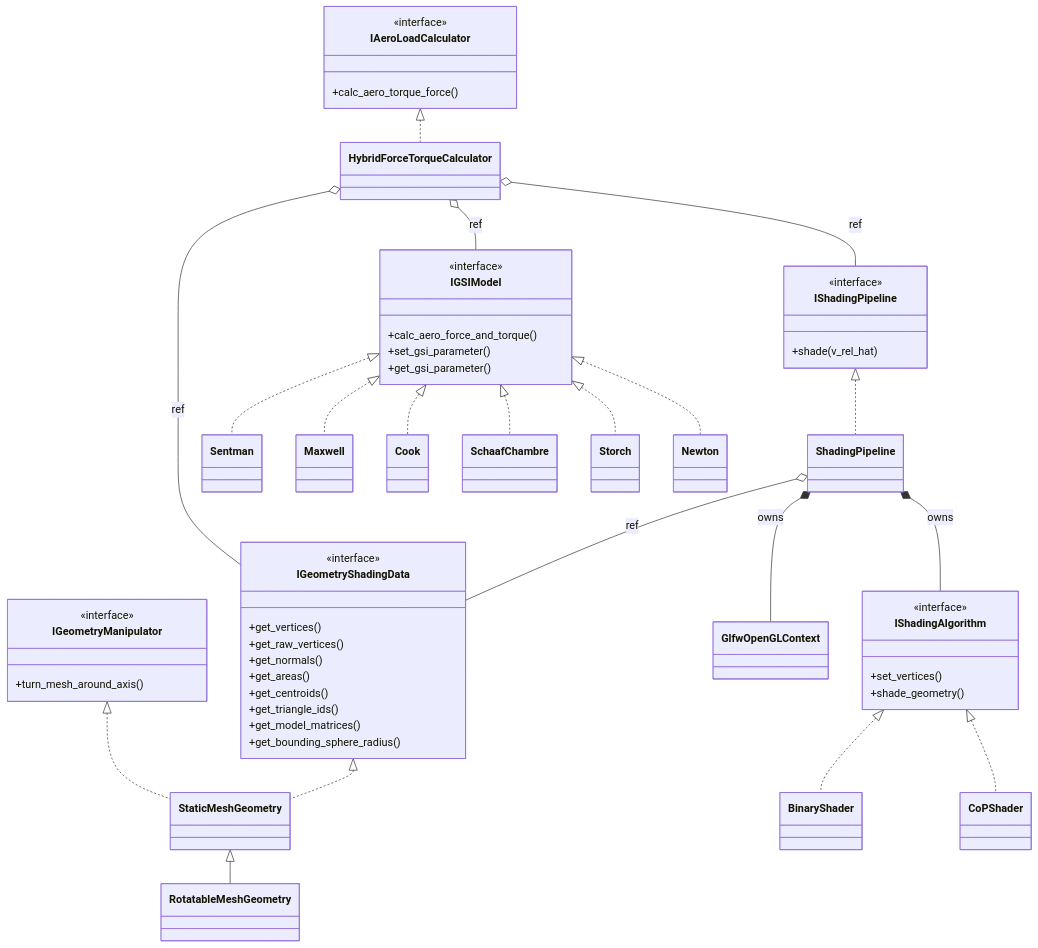
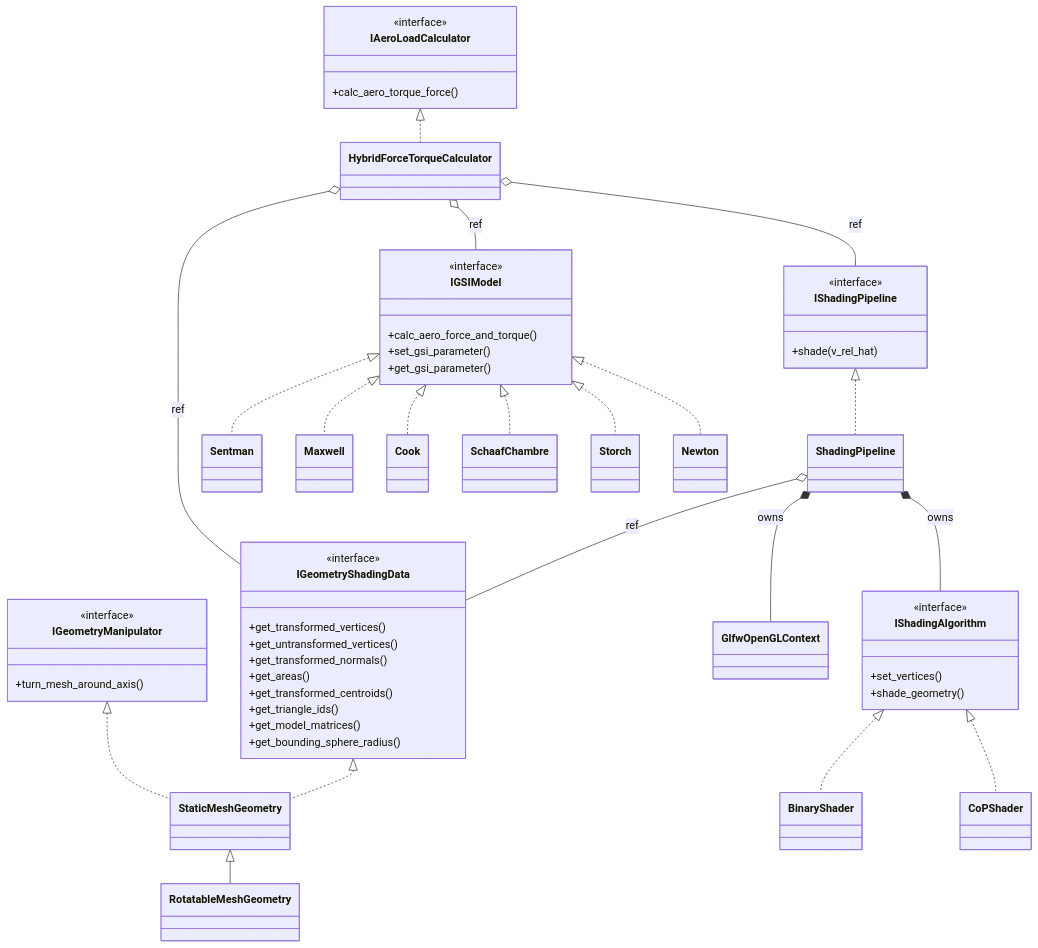
Before and after one commit to ifrunistuttgart/vleo-aerodynamics-tool: the diagram in docs/architecture.md, drawn with Mermaid. The commit also changed other lines of this file and 19 other files, not shown here.

````diff
--- a/docs/architecture.md
+++ b/docs/architecture.md
@@ -10,81 +10,81 @@
 ```mermaid
 classDiagram
     direction TB
 
     class IGeometryShadingData {
         <<interface>>
-        +get_vertices()
-        +get_raw_vertices()
-        +get_normals()
+        +get_transformed_vertices()
+        +get_untransformed_vertices()
+        +get_transformed_normals()
         +get_areas()
-        +get_centroids()
+        +get_transformed_centroids()
         +get_triangle_ids()
         +get_model_matrices()
         +get_bounding_sphere_radius()
     }
     class IGeometryManipulator {
         <<interface>>
         +turn_mesh_around_axis()
     }
     class StaticMeshGeometry
     class RotatableMeshGeometry
 
     class IShadingPipeline {
         <<interface>>
         +shade(v_rel_hat)
     }
     class ShadingPipeline
     class GlfwOpenGLContext
 
     class IShadingAlgorithm {
         <<interface>>
         +set_vertices()
         +shade_geometry()
     }
     class BinaryShader
     class CoPShader
 
     class IAeroLoadCalculator {
         <<interface>>
         +calc_aero_torque_force()
     }
     class HybridForceTorqueCalculator
 
     class IGSIModel {
         <<interface>>
         +calc_aero_force_and_torque()
         +set_gsi_parameter()
         +get_gsi_parameter()
     }
     class Sentman
     class Maxwell
     class Cook
     class SchaafChambre
     class Storch
     class Newton
 
     IGeometryShadingData <|.. StaticMeshGeometry
     IGeometryManipulator <|.. StaticMeshGeometry
     StaticMeshGeometry   <|-- RotatableMeshGeometry
 
     IShadingPipeline  <|.. ShadingPipeline
     IShadingAlgorithm <|.. BinaryShader
     IShadingAlgorithm <|.. CoPShader
 
     IAeroLoadCalculator <|.. HybridForceTorqueCalculator
 
     IGSIModel <|.. Sentman
     IGSIModel <|.. Maxwell
     IGSIModel <|.. Cook
     IGSIModel <|.. SchaafChambre
     IGSIModel <|.. Storch
     IGSIModel <|.. Newton
 
     ShadingPipeline *-- GlfwOpenGLContext : owns
     ShadingPipeline *-- IShadingAlgorithm : owns
     ShadingPipeline o-- IGeometryShadingData : ref
 
     HybridForceTorqueCalculator o-- IGeometryShadingData : ref
     HybridForceTorqueCalculator o-- IShadingPipeline : ref
     HybridForceTorqueCalculator o-- IGSIModel : ref
 ```
````
